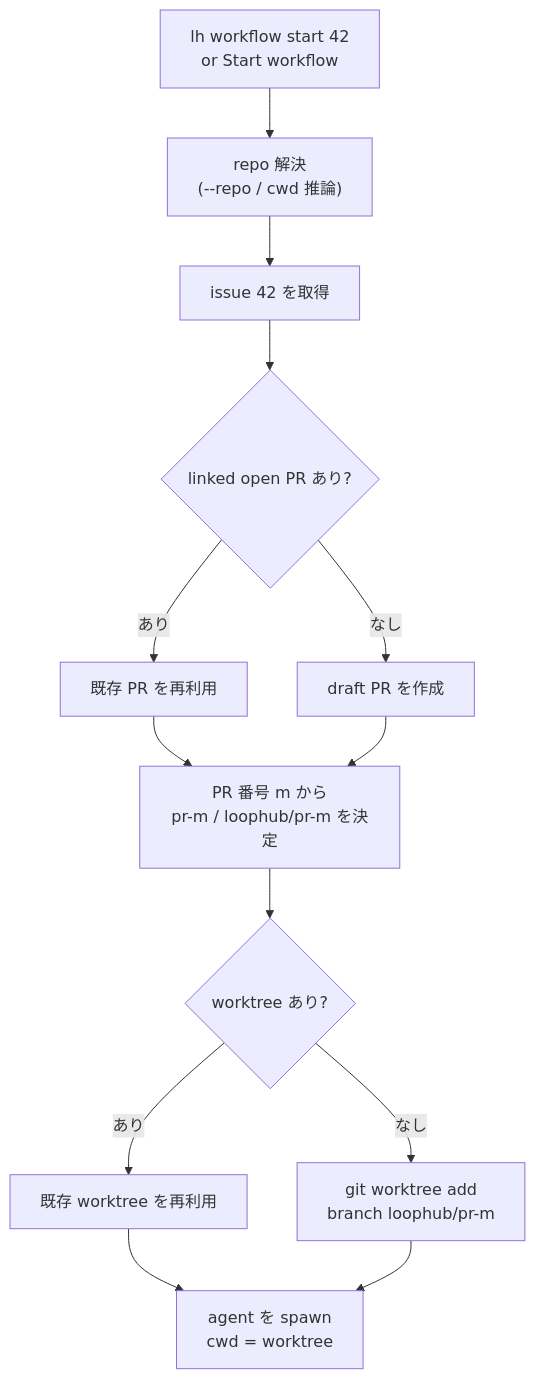
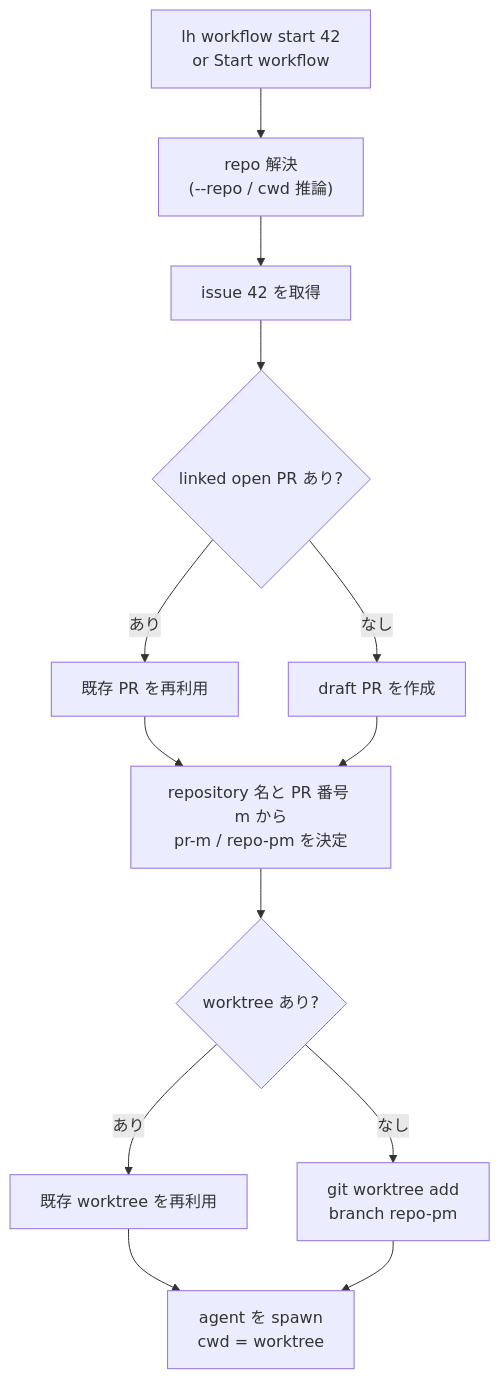
One commit to jugyo/loophub changed the diagram in docs/worktree.ja.md. Above: the diagram before and after it, drawn with Mermaid. The commit also changed other lines of this file and 12 other files, not shown here.

````diff
--- a/docs/worktree.ja.md
+++ b/docs/worktree.ja.md
@@ -53,15 +55,15 @@
 ```mermaid
 flowchart TD
     Start["lh workflow start 42<br/>or Start workflow"] --> Repo["repo 解決<br/>(--repo / cwd 推論)"]
     Repo --> Issue["issue 42 を取得"]
     Issue --> Pull{"linked open PR あり?"}
     Pull -- "あり" --> ReusePull["既存 PR を再利用"]
     Pull -- "なし" --> OpenPull["draft PR を作成"]
-    ReusePull --> Name["PR 番号 m から<br/>pr-m / loophub/pr-m を決定"]
+    ReusePull --> Name["repository 名と PR 番号 m から<br/>pr-m / repo-pm を決定"]
     OpenPull --> Name
     Name --> WT{"worktree あり?"}
     WT -- "あり" --> ReuseWT["既存 worktree を再利用"]
-    WT -- "なし" --> AddWT["git worktree add<br/>branch loophub/pr-m"]
+    WT -- "なし" --> AddWT["git worktree add<br/>branch repo-pm"]
     ReuseWT --> Spawn["agent を spawn<br/>cwd = worktree"]
     AddWT --> Spawn
 ```
````
